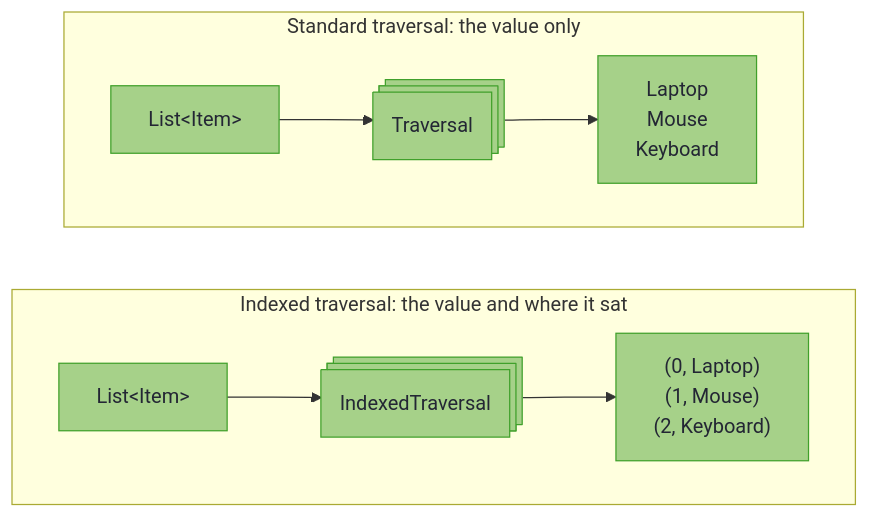
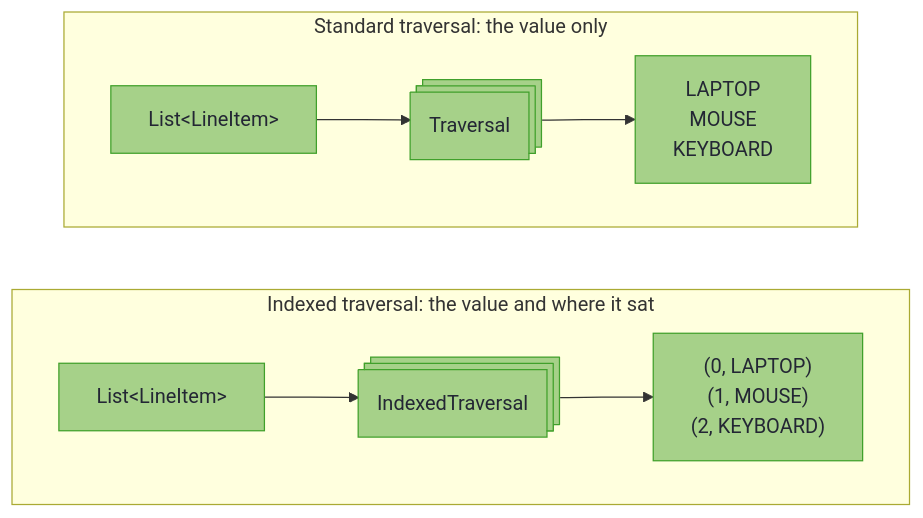
One commit to higher-kinded-j/higher-kinded-j changed the diagram in hkj-book/src/optics/indexed_optics.md. Above: the diagram before and after it, drawn with Mermaid. The commit also changed other lines of this file and 122 other files, not shown here.

````diff
--- a/hkj-book/src/optics/indexed_optics.md
+++ b/hkj-book/src/optics/indexed_optics.md
@@ -33,21 +33,21 @@
 ```mermaid
 flowchart TD
     accTitle: A standard traversal beside an indexed one
-    accDescr: A standard Traversal over a List of Item hands back the values Laptop, Mouse and Keyboard. An IndexedTraversal over the same list hands back each value with the index it sat at, as (0, Laptop), (1, Mouse) and (2, Keyboard).
+    accDescr: A standard Traversal over a List of LineItem hands back the values LAPTOP, MOUSE and KEYBOARD. An IndexedTraversal over the same list hands back each value with the index it sat at, as (0, LAPTOP), (1, MOUSE) and (2, KEYBOARD).
     subgraph std["Standard traversal: the value only"]
         direction LR
-        S1["List&lt;Item&gt;"] --> S2@{ shape: st-rect, label: "Traversal" } --> S3["Laptop<br/>Mouse<br/>Keyboard"]
+        S1["List&lt;LineItem&gt;"] --> S2@{ shape: st-rect, label: "Traversal" } --> S3["LAPTOP<br/>MOUSE<br/>KEYBOARD"]
     end
     subgraph idx["Indexed traversal: the value and where it sat"]
         direction LR
-        I1["List&lt;Item&gt;"] --> I2@{ shape: st-rect, label: "IndexedTraversal" } --> I3["(0, Laptop)<br/>(1, Mouse)<br/>(2, Keyboard)"]
+        I1["List&lt;LineItem&gt;"] --> I2@{ shape: st-rect, label: "IndexedTraversal" } --> I3["(0, LAPTOP)<br/>(1, MOUSE)<br/>(2, KEYBOARD)"]
     end
     std ~~~ idx
 
     classDef tier fill:#a6d189,stroke:#40a02b,color:#232634
     classDef rw fill:#a6d189,stroke:#40a02b,color:#232634
     classDef out fill:#a6d189,stroke:#40a02b,color:#232634
     class S1,I1 tier
     class S2,I2 rw
     class S3,I3 out
 ```
````
